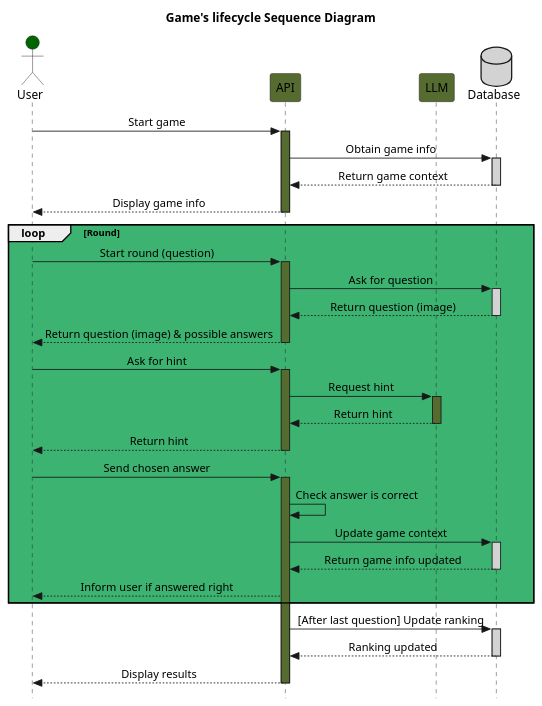
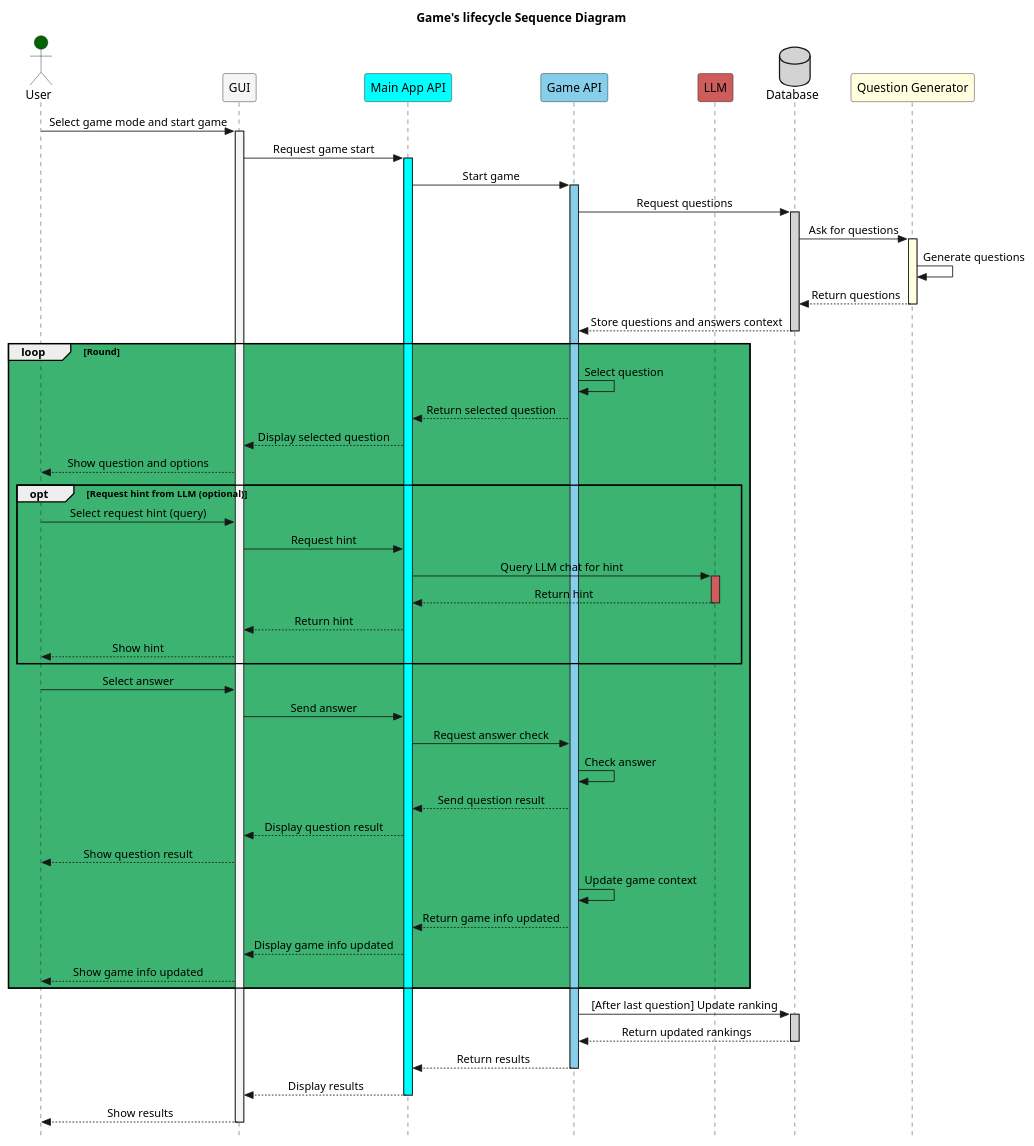
The diagram in docs/src/diagrams/Sequence_diagram_Game.puml (Arquisoft/wichat_en1a), drawn with PlantUML before and after one commit. The commit also changed 7 other files, not shown here.

```diff
--- a/docs/src/diagrams/Sequence_diagram_Game.puml
+++ b/docs/src/diagrams/Sequence_diagram_Game.puml
@@ -1,52 +1,67 @@
 @startuml game
 title Game's lifecycle Sequence Diagram
 
 actor User #DarkGreen
-participant API as "API" #DarkOliveGreen
-participant LLM as "LLM" #DarkOliveGreen
+participant GUI as "GUI" #WhiteSmoke
+participant mainAPI as "Main App API" #Aqua
+participant gameAPI as "Game API" #SkyBlue
+participant LLM as "LLM" #IndianRed
 database DB as "Database" #LightGray
+participant QG as "Question Generator" #LightYellow
 
 skinparam Style strictuml
 skinparam SequenceMessageAlignment center
 
-User -> API : Start game
-activate API #DarkOliveGreen
-API -> DB : Obtain game info
+User -> GUI : Select game mode and start game
+activate GUI #WhiteSmoke
+GUI -> mainAPI : Request game start
+activate mainAPI #Aqua
+mainAPI -> gameAPI : Start game
+activate gameAPI #SkyBlue
+gameAPI -> DB : Request questions
 activate DB #LightGray
-DB --> API : Return game context
+DB -> QG : Ask for questions
+activate QG #LightYellow
+QG -> QG : Generate questions
+QG --> DB : Return questions
+deactivate QG
+DB --> gameAPI : Store questions and answers context
 deactivate DB
-API --> User : Display game info
-deactivate API
 loop #MediumSeaGreen Round
-    User -> API : Start round (question)
-    activate API #DarkOliveGreen
-    API -> DB : Ask for question
-    activate DB  #LightGray
-    DB --> API : Return question (image)
-    deactivate DB
-    API --> User : Return question (image) & possible answers
-    deactivate API
-    User -> API: Ask for hint
-    activate API #DarkOliveGreen
-    API -> LLM : Request hint
-    activate LLM #DarkOliveGreen
-    LLM --> API : Return hint
-    deactivate LLM
-    API --> User : Return hint
-    deactivate API
-    User -> API : Send chosen answer
-    activate API #DarkOliveGreen
-    API -> API : Check answer is correct
-    API -> DB : Update game context
-    activate DB #LightGray
-    DB --> API : Return game info updated
-    deactivate DB
-    API --> User : Inform user if answered right
+    gameAPI -> gameAPI : Select question
+    gameAPI --> mainAPI : Return selected question
+    mainAPI --> GUI : Display selected question
+    GUI --> User : Show question and options
+    opt Request hint from LLM (optional)
+        User -> GUI : Select request hint (query)
+        GUI -> mainAPI : Request hint
+        mainAPI -> LLM : Query LLM chat for hint
+        activate LLM #IndianRed
+        LLM --> mainAPI : Return hint
+        deactivate LLM
+        mainAPI --> GUI : Return hint
+        GUI --> User : Show hint
+    end  
+    User -> GUI : Select answer
+    GUI -> mainAPI : Send answer
+    mainAPI -> gameAPI : Request answer check
+    gameAPI -> gameAPI : Check answer
+    gameAPI --> mainAPI : Send question result
+    mainAPI --> GUI : Display question result
+    GUI --> User : Show question result
+    gameAPI -> gameAPI : Update game context
+    gameAPI --> mainAPI : Return game info updated
+    mainAPI --> GUI : Display game info updated
+    GUI --> User : Show game info updated
 end loop Round
-API -> DB : [After last question] Update ranking
+gameAPI -> DB : [After last question] Update ranking
 activate DB #LightGray
-DB --> API : Ranking updated
+DB --> gameAPI : Return updated rankings
 deactivate DB
-API --> User : Display results
-deactivate API
+gameAPI --> mainAPI : Return results
+deactivate gameAPI
+mainAPI --> GUI : Display results
+deactivate mainAPI
+GUI --> User : Show results
+deactivate GUI
 @enduml
```
